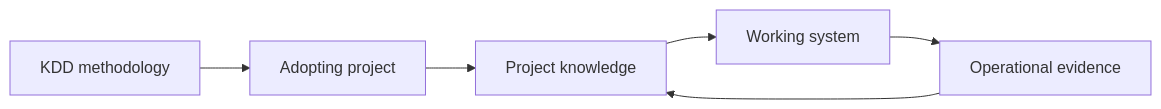
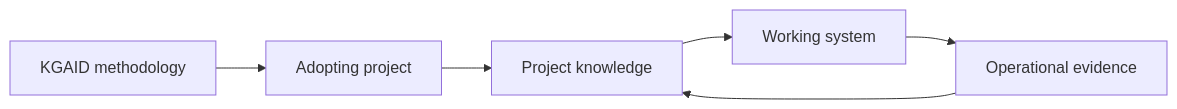
One commit to KrzysztofOle/knowledge-driven-development changed the diagram in docs/00-foundations/scope-and-boundaries.md. Above: the diagram before and after it, drawn with Mermaid. The commit also changed other lines of this file, not shown here.

Commit message:
docs(identity): migrate normative document to KGAID

````diff
--- a/docs/00-foundations/scope-and-boundaries.md
+++ b/docs/00-foundations/scope-and-boundaries.md
@@ -237,8 +237,8 @@
 ```mermaid
 flowchart LR
-    KDD["KDD methodology"] --> P["Adopting project"]
+    KGAID["KGAID methodology"] --> P["Adopting project"]
     P --> K["Project knowledge"]
     K --> S["Working system"]
     S --> E["Operational evidence"]
     E --> K
 ```
````
